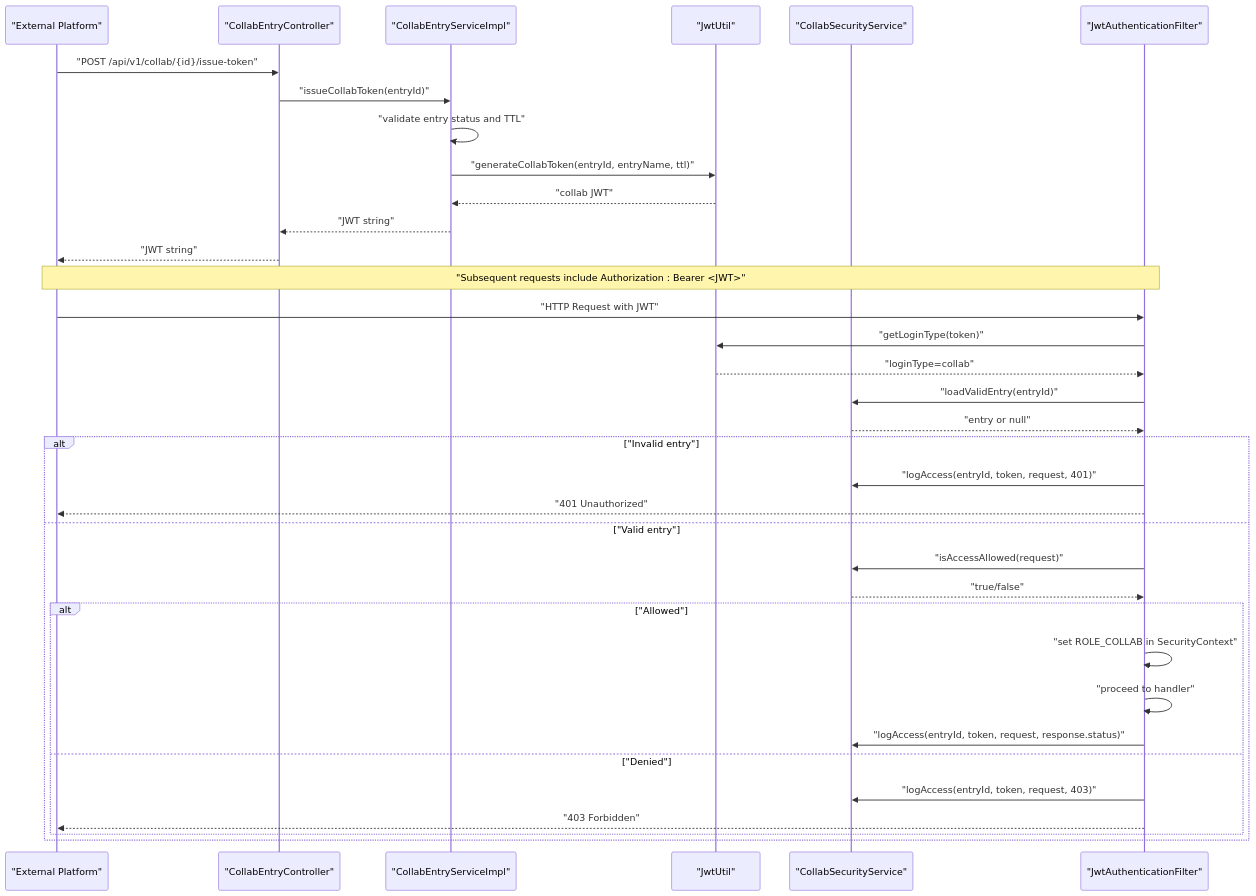
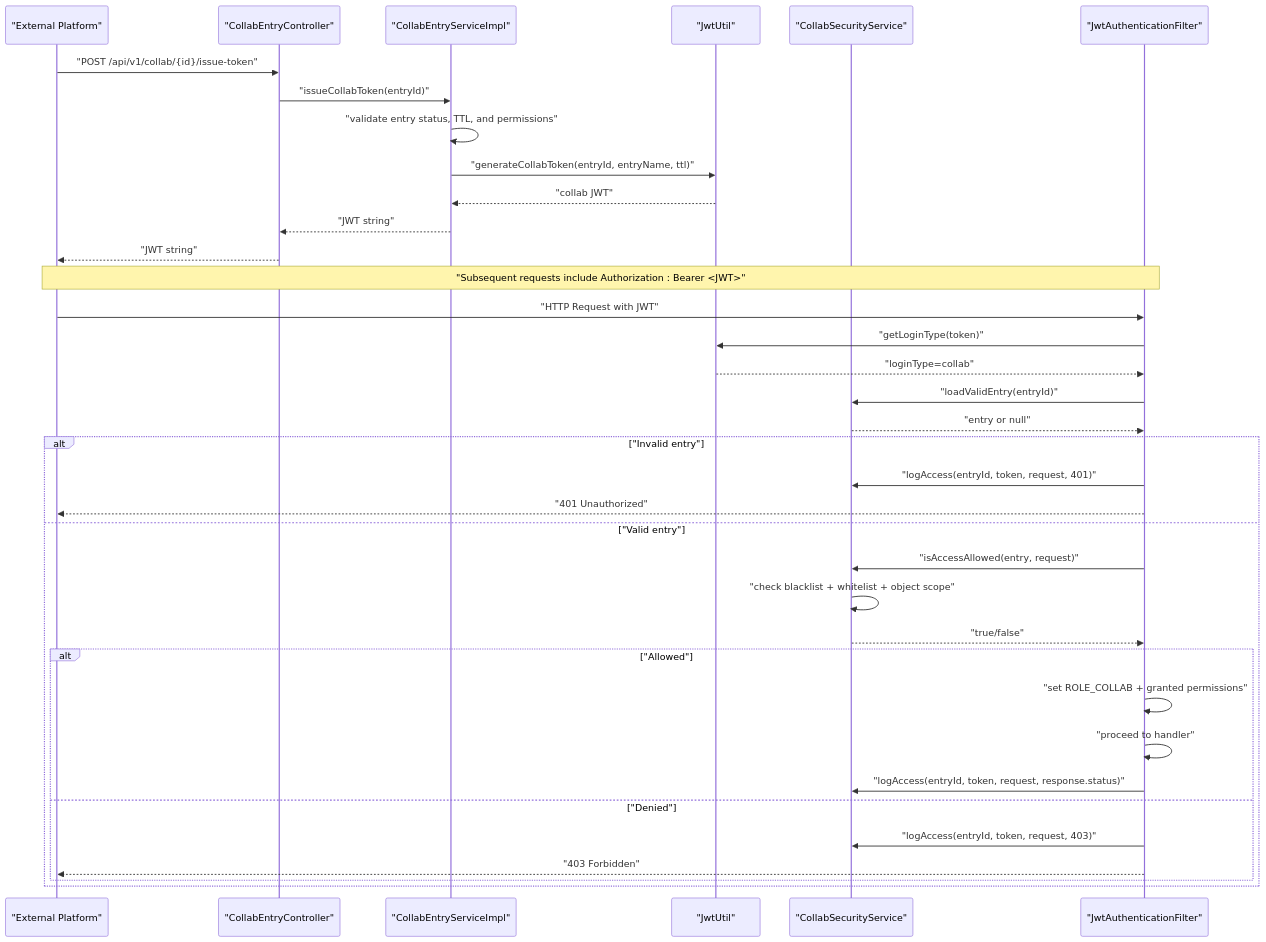
The second of 6 diagrams in .qoder/repowiki/en/content/Authentication & Authorization/Collaboration Tokens.md (bo961386926/Survey-App), drawn with Mermaid before and after one commit. The commit also changed other lines of this file and 25 other files, not shown here.

````diff
--- a/.qoder/repowiki/en/content/Authentication & Authorization/Collaboration Tokens.md
+++ b/.qoder/repowiki/en/content/Authentication & Authorization/Collaboration Tokens.md
@@ -119,37 +133,38 @@
 ```mermaid
 sequenceDiagram
 participant Ext as "External Platform"
 participant API as "CollabEntryController"
 participant Svc as "CollabEntryServiceImpl"
 participant Util as "JwtUtil"
 participant Sec as "CollabSecurityService"
 participant Filt as "JwtAuthenticationFilter"
 Ext->>API : "POST /api/v1/collab/{id}/issue-token"
 API->>Svc : "issueCollabToken(entryId)"
-Svc->>Svc : "validate entry status and TTL"
+Svc->>Svc : "validate entry status, TTL, and permissions"
 Svc->>Util : "generateCollabToken(entryId, entryName, ttl)"
 Util-->>Svc : "collab JWT"
 Svc-->>API : "JWT string"
 API-->>Ext : "JWT string"
 note over Ext,Filt : "Subsequent requests include Authorization : Bearer <JWT>"
 Ext->>Filt : "HTTP Request with JWT"
 Filt->>Util : "getLoginType(token)"
 Util-->>Filt : "loginType=collab"
 Filt->>Sec : "loadValidEntry(entryId)"
 Sec-->>Filt : "entry or null"
 alt "Invalid entry"
 Filt->>Sec : "logAccess(entryId, token, request, 401)"
 Filt-->>Ext : "401 Unauthorized"
 else "Valid entry"
-Filt->>Sec : "isAccessAllowed(request)"
+Filt->>Sec : "isAccessAllowed(entry, request)"
+Sec->>Sec : "check blacklist + whitelist + object scope"
 Sec-->>Filt : "true/false"
 alt "Allowed"
-Filt->>Filt : "set ROLE_COLLAB in SecurityContext"
+Filt->>Filt : "set ROLE_COLLAB + granted permissions"
 Filt->>Filt : "proceed to handler"
 Filt->>Sec : "logAccess(entryId, token, request, response.status)"
 else "Denied"
 Filt->>Sec : "logAccess(entryId, token, request, 403)"
 Filt-->>Ext : "403 Forbidden"
 end
 end
 ```
````
